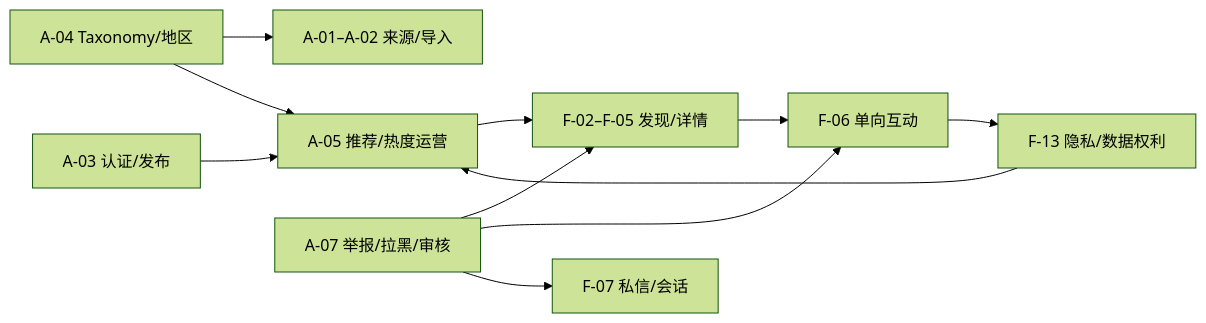
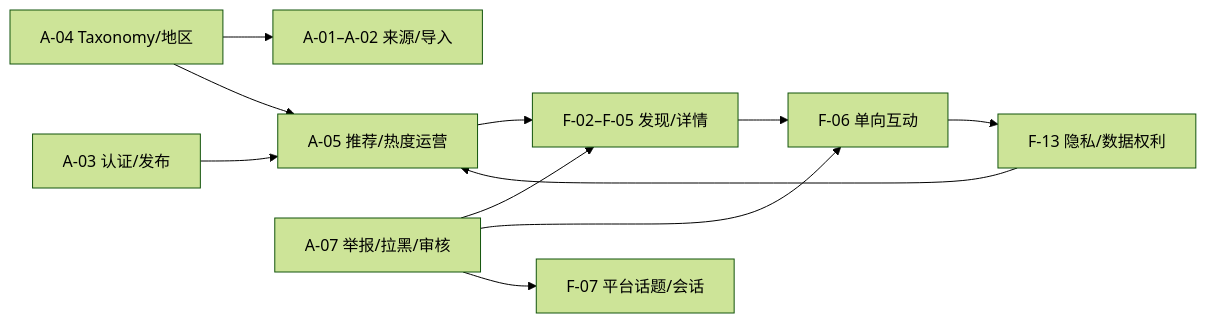
The second of 3 diagrams in docs/ways-of-work/plan/real-person-discovery-platform/README.md (yyg20101/meigallery-cloudflare), drawn with Mermaid (forest theme) before and after one commit. The commit also changed other lines of this file and 35 other files, not shown here.

````diff
--- a/docs/ways-of-work/plan/real-person-discovery-platform/README.md
+++ b/docs/ways-of-work/plan/real-person-discovery-platform/README.md
@@ -114,13 +114,13 @@
 ```mermaid
 flowchart LR
     TAX["A-04 Taxonomy/地区"] --> SRC["A-01–A-02 来源/导入"]
     TAX --> ROP["A-05 推荐/热度运营"]
     VER["A-03 认证/发布"] --> ROP
     ROP --> DISC["F-02–F-05 发现/详情"]
     DISC --> VIR["F-06 单向互动"]
     VIR --> PDR["F-13 隐私/数据权利"]
     MOD["A-07 举报/拉黑/审核"] --> DISC
     MOD --> VIR
-    MOD --> MSG["F-07 私信/会话"]
+    MOD --> MSG["F-07 平台话题/会话"]
     PDR --> ROP
 ```
````
